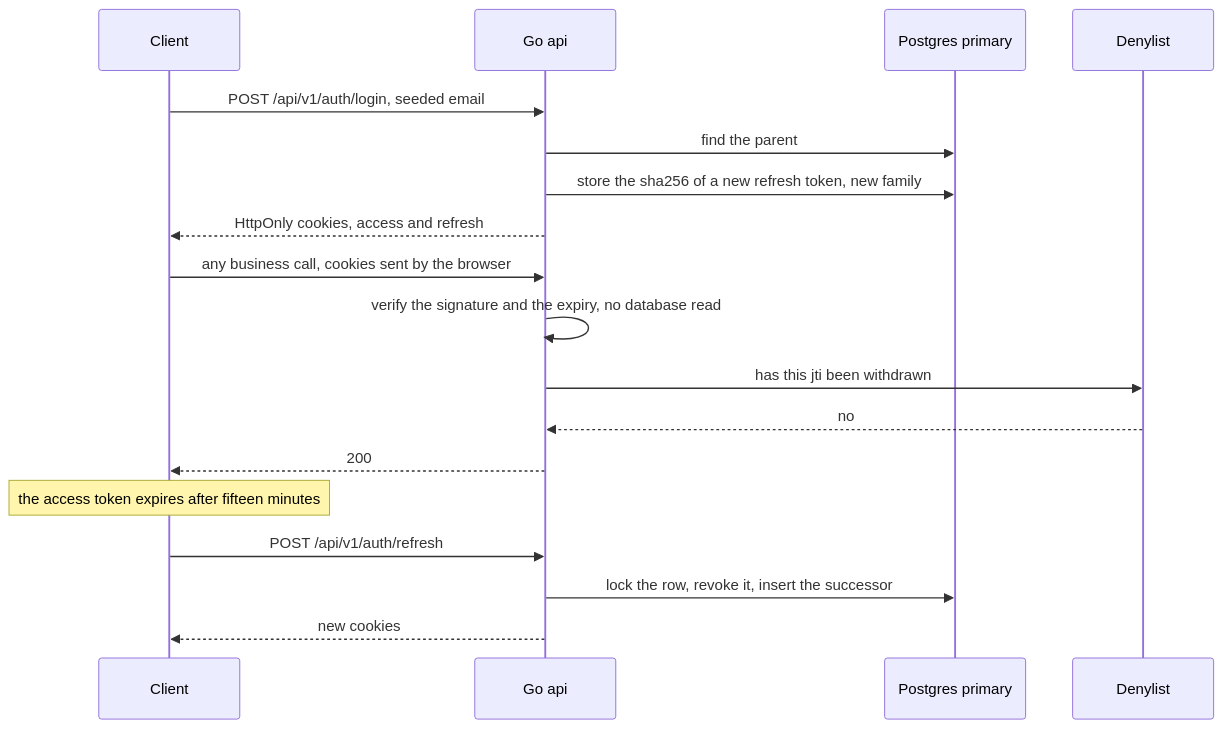
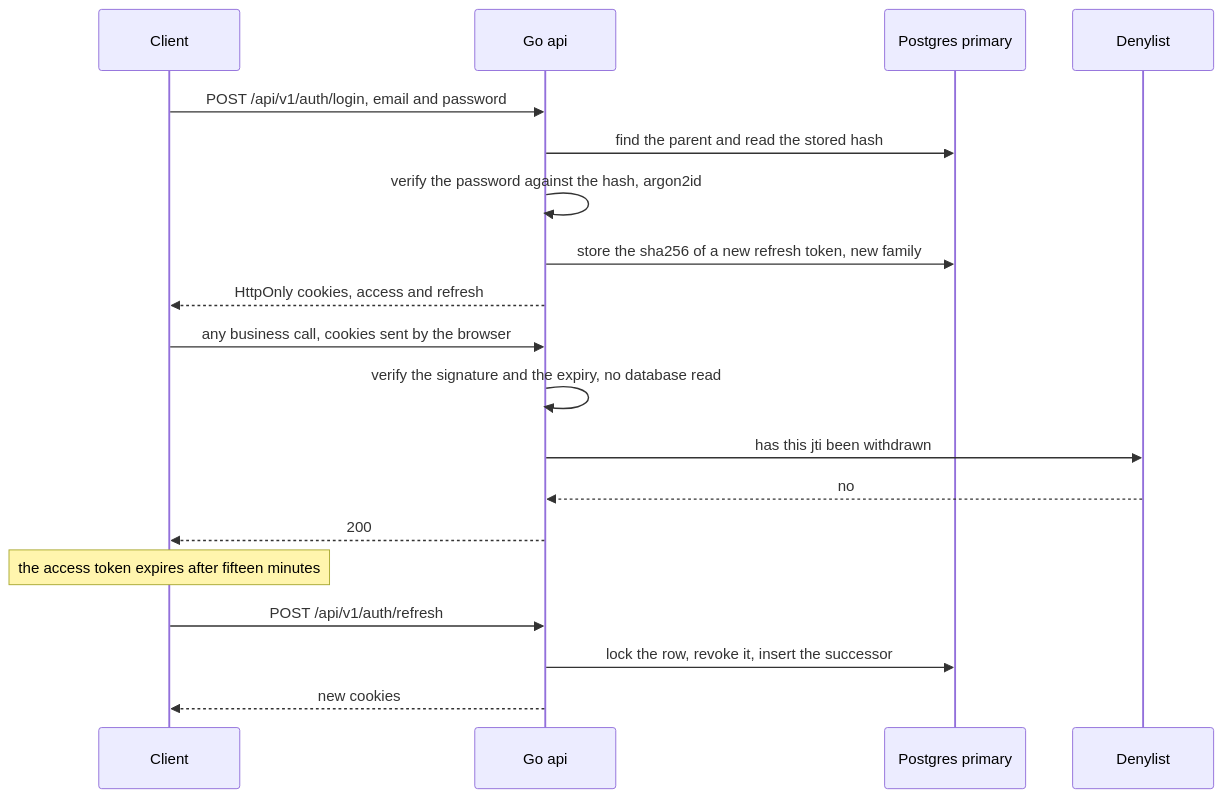
The sixth of 10 diagrams in backend/HLD.md (prothegee/ottodot-trial-booking_seat), drawn with Mermaid before and after one commit. The commit also changed other lines of this file, not shown here.

Commit message:
say sign in takes a password

````diff
--- a/backend/HLD.md
+++ b/backend/HLD.md
@@ -265,24 +265,25 @@
 ```mermaid
 sequenceDiagram
     participant UI as Client
     participant API as Go api
     participant PG as Postgres primary
     participant DL as Denylist
 
-    UI->>API: POST /api/v1/auth/login, seeded email
-    API->>PG: find the parent
+    UI->>API: POST /api/v1/auth/login, email and password
+    API->>PG: find the parent and read the stored hash
+    API->>API: verify the password against the hash, argon2id
     API->>PG: store the sha256 of a new refresh token, new family
     API-->>UI: HttpOnly cookies, access and refresh
 
     UI->>API: any business call, cookies sent by the browser
     API->>API: verify the signature and the expiry, no database read
     API->>DL: has this jti been withdrawn
     DL-->>API: no
     API-->>UI: 200
 
     Note over UI: the access token expires after fifteen minutes
 
     UI->>API: POST /api/v1/auth/refresh
     API->>PG: lock the row, revoke it, insert the successor
     API-->>UI: new cookies
 ```
````
